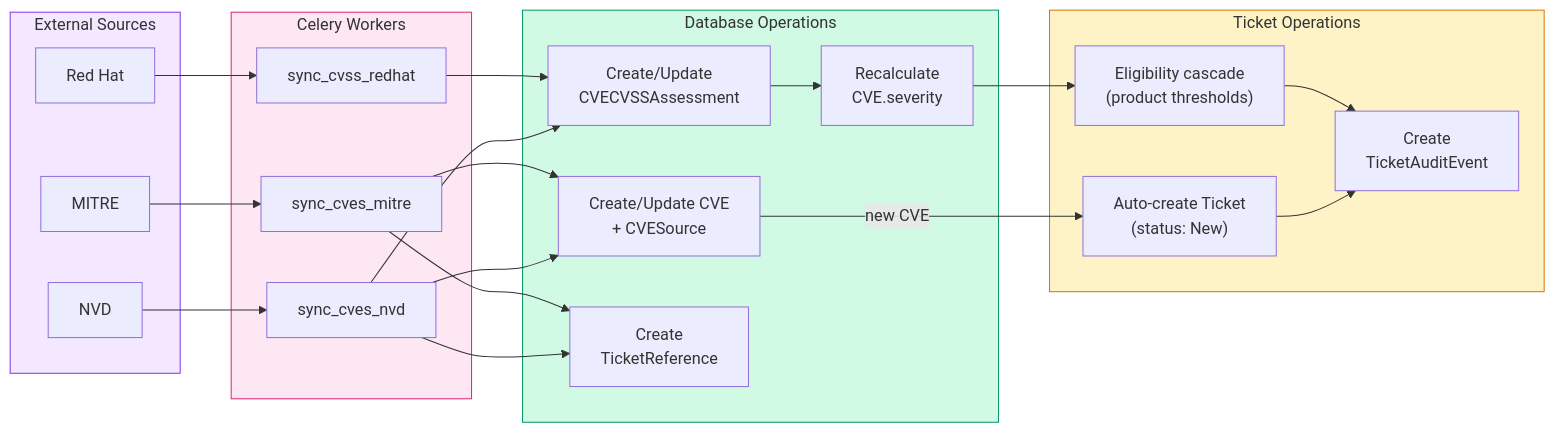
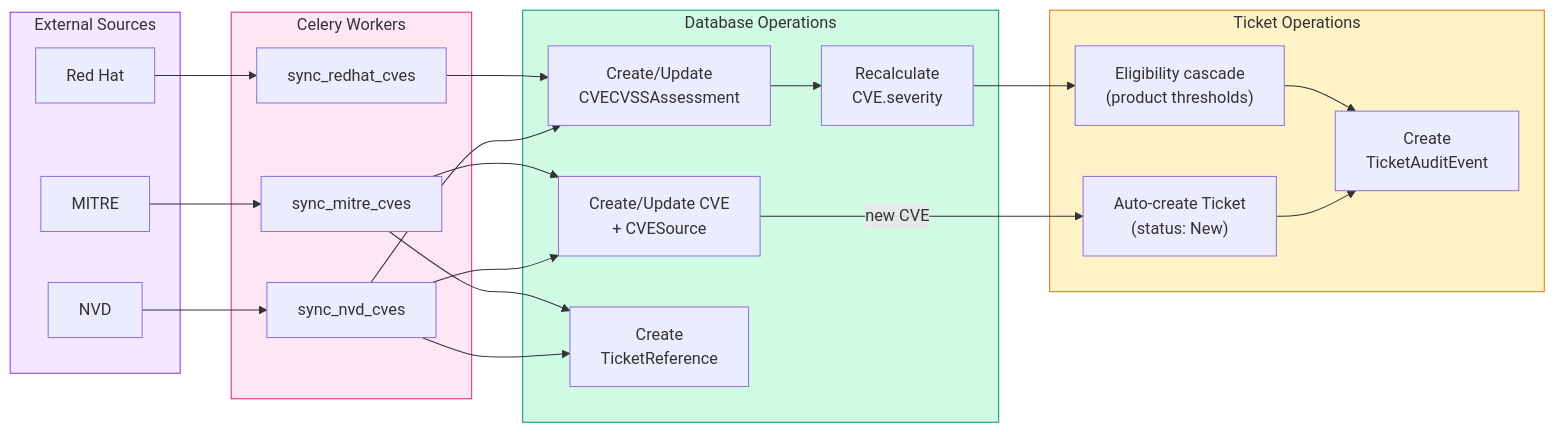
One commit to StayPirate/STAMP changed the third of 7 diagrams in docs/system-map.md. Above: the diagram before and after it, drawn with Mermaid. The commit also changed other lines of this file and 23 other files, not shown here.

````diff
--- a/docs/system-map.md
+++ b/docs/system-map.md
@@ -426,49 +426,49 @@
 ```mermaid
 flowchart LR
     subgraph sources["External Sources"]
         NVD["NVD"]
         MITRE["MITRE"]
         RH["Red Hat"]
     end
 
     subgraph celery["Celery Workers"]
-        SYNC_NVD["sync_cves_nvd"]
-        SYNC_MITRE["sync_cves_mitre"]
-        SYNC_RH["sync_cvss_redhat"]
+        SYNC_NVD["sync_nvd_cves"]
+        SYNC_MITRE["sync_mitre_cves"]
+        SYNC_RH["sync_redhat_cves"]
     end
 
     subgraph store["Database Operations"]
         CVE_REC["Create/Update CVE<br/>+ CVESource"]
         CVSS_REC["Create/Update<br/>CVECVSSAssessment"]
         REF_REC["Create<br/>TicketReference"]
         SEV["Recalculate<br/>CVE.severity"]
     end
 
     subgraph ticket_ops["Ticket Operations"]
         NEW_TKT["Auto-create Ticket<br/>(status: New)"]
         ELIG_EVAL["Eligibility cascade<br/>(product thresholds)"]
         EVENT["Create<br/>TicketAuditEvent"]
     end
 
     NVD --> SYNC_NVD
     MITRE --> SYNC_MITRE
     RH --> SYNC_RH
 
     SYNC_NVD --> CVE_REC
     SYNC_NVD --> CVSS_REC
     SYNC_NVD --> REF_REC
     SYNC_MITRE --> CVE_REC
     SYNC_MITRE --> REF_REC
     SYNC_RH --> CVSS_REC
 
     CVE_REC -->|new CVE| NEW_TKT
     CVSS_REC --> SEV
     SEV --> ELIG_EVAL
     NEW_TKT --> EVENT
     ELIG_EVAL --> EVENT
 
     style sources fill:#f3e8ff,stroke:#7c3aed
     style celery fill:#fce7f3,stroke:#db2777
     style store fill:#d1fae5,stroke:#059669
     style ticket_ops fill:#fef3c7,stroke:#d97706
 ```
````
